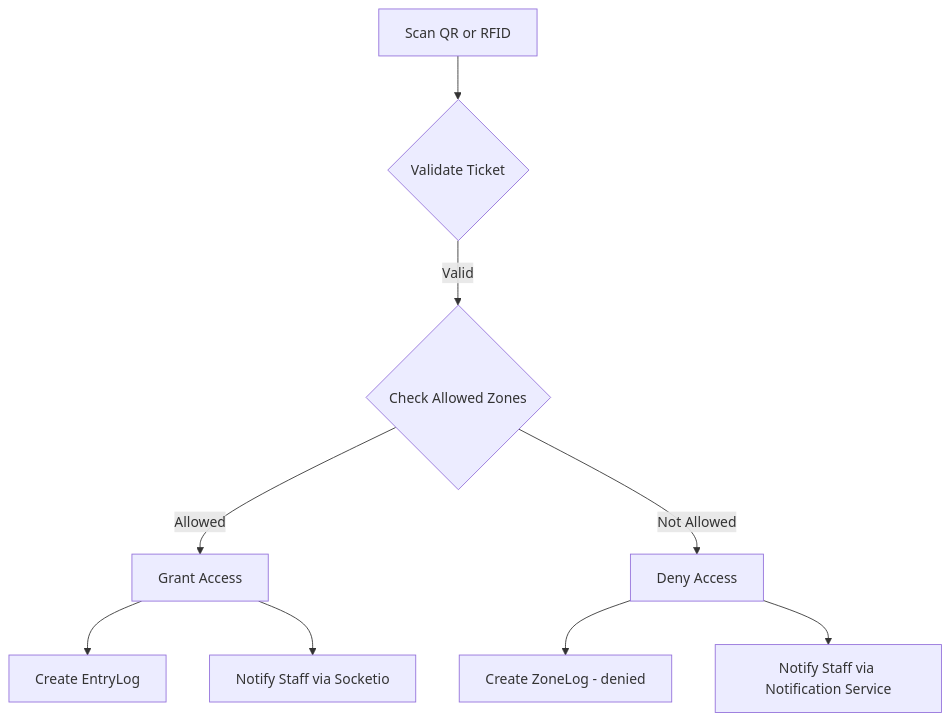
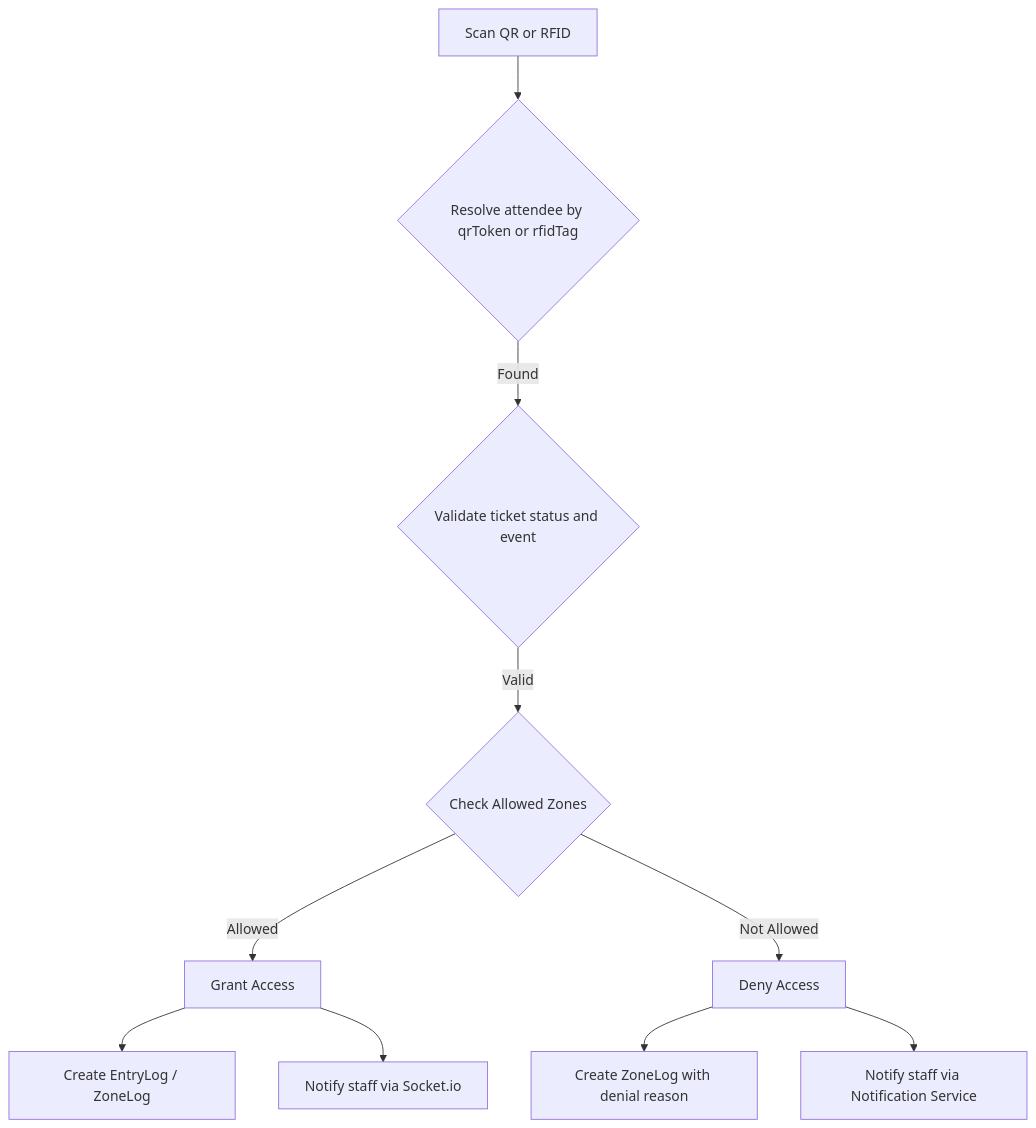
The diagram in docs/11_ZONE_ACCESS_CONTROL.md (thinu272/eams), drawn with Mermaid before and after one commit. The commit also changed other lines of this file and 39 other files, not shown here.

````diff
--- a/docs/11_ZONE_ACCESS_CONTROL.md
+++ b/docs/11_ZONE_ACCESS_CONTROL.md
@@ -19,11 +19,12 @@
 ```mermaid
 flowchart TD
-    A[Scan QR or RFID] --> B{Validate Ticket}
-    B -->|Valid| C{Check Allowed Zones}
-    C -->|Allowed| D[Grant Access]
-    C -->|Not Allowed| E[Deny Access]
-    D --> F[Create EntryLog]
-    E --> G[Create ZoneLog - denied]
-    D --> H[Notify Staff via Socketio]
-    E --> I[Notify Staff via Notification Service]
+    A[Scan QR or RFID] --> B{Resolve attendee by qrToken or rfidTag}
+    B -->|Found| C{Validate ticket status and event}
+    C -->|Valid| D{Check Allowed Zones}
+    D -->|Allowed| E[Grant Access]
+    D -->|Not Allowed| F[Deny Access]
+    E --> G[Create EntryLog / ZoneLog]
+    F --> H[Create ZoneLog with denial reason]
+    E --> I[Notify staff via Socket.io]
+    F --> J[Notify staff via Notification Service]
 ```
````
